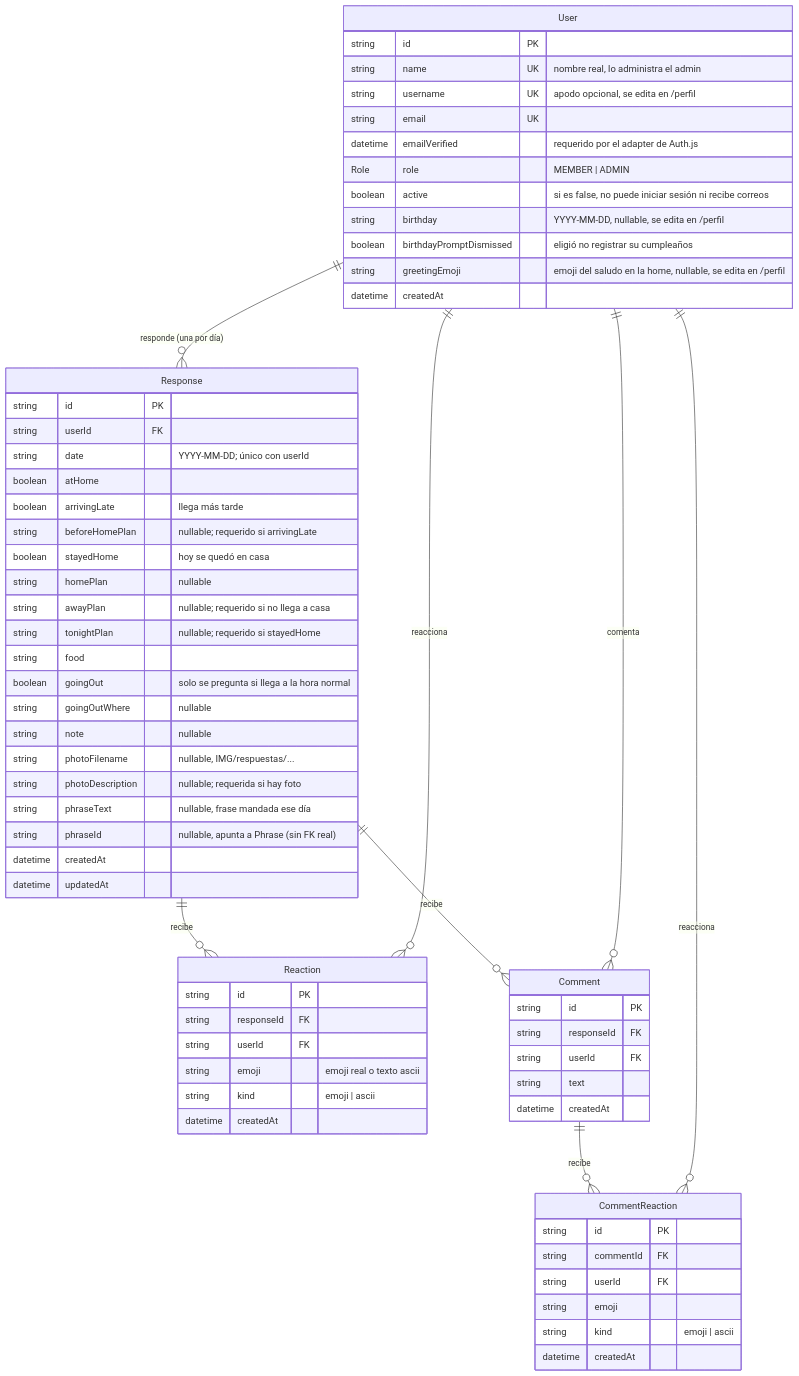
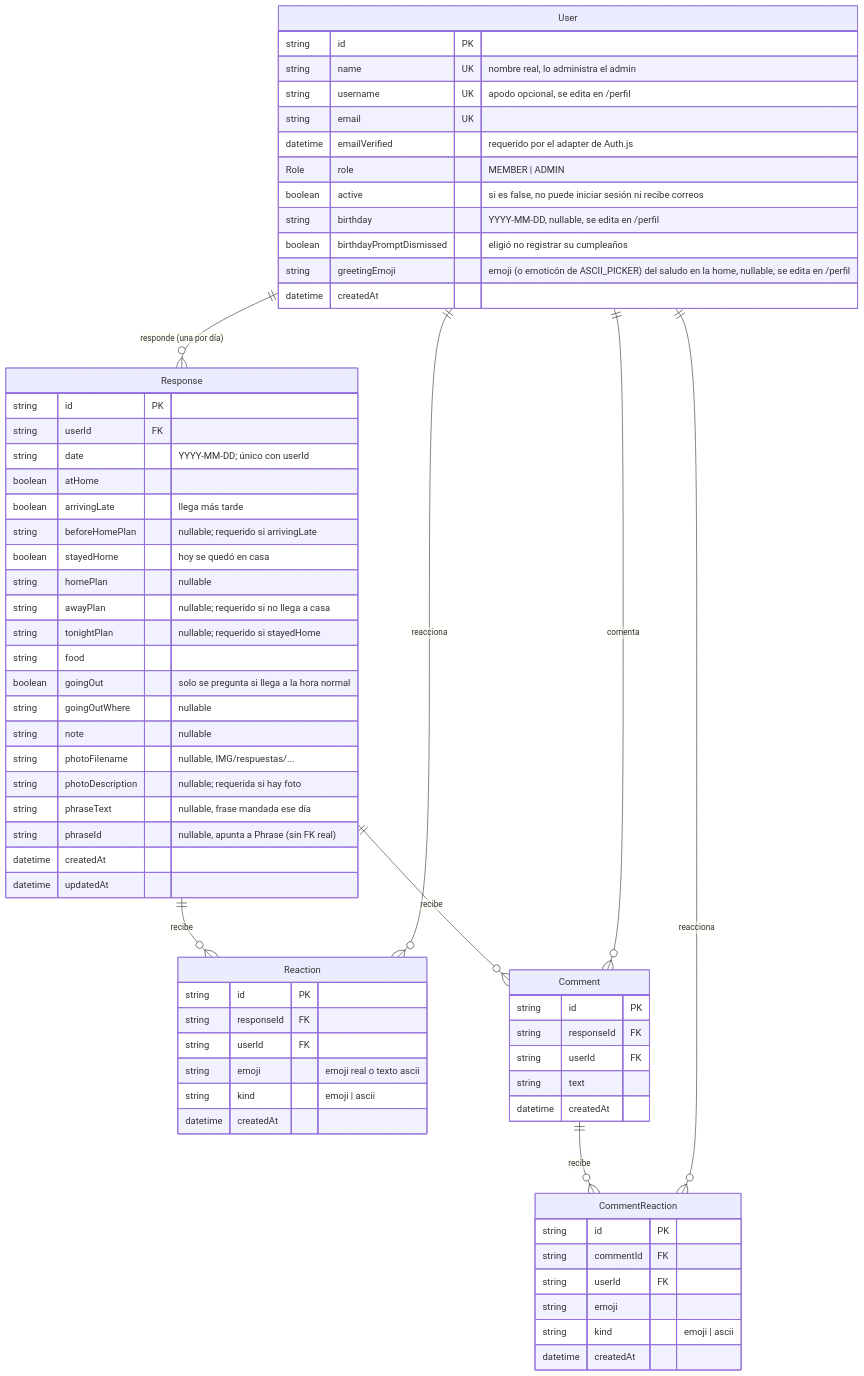
The first of 3 diagrams in docs/BASE-DE-DATOS.md (rominavc99/wygh-public), drawn with Mermaid before and after one commit. The commit also changed 8 other files, not shown here.

First line of the commit message:
Perfil con un solo botón de guardar y más opciones para el saludo (#3)

````diff
--- a/docs/BASE-DE-DATOS.md
+++ b/docs/BASE-DE-DATOS.md
@@ -19,73 +19,73 @@
 ```mermaid
 erDiagram
     User ||--o{ Response : "responde (una por día)"
     Response ||--o{ Reaction : "recibe"
     Response ||--o{ Comment : "recibe"
     Comment ||--o{ CommentReaction : "recibe"
     User ||--o{ Reaction : "reacciona"
     User ||--o{ Comment : "comenta"
     User ||--o{ CommentReaction : "reacciona"
 
     User {
         string id PK
         string name UK "nombre real, lo administra el admin"
         string username UK "apodo opcional, se edita en /perfil"
         string email UK
         datetime emailVerified "requerido por el adapter de Auth.js"
         Role role "MEMBER | ADMIN"
         boolean active "si es false, no puede iniciar sesión ni recibe correos"
         string birthday "YYYY-MM-DD, nullable, se edita en /perfil"
         boolean birthdayPromptDismissed "eligió no registrar su cumpleaños"
-        string greetingEmoji "emoji del saludo en la home, nullable, se edita en /perfil"
+        string greetingEmoji "emoji (o emoticón de ASCII_PICKER) del saludo en la home, nullable, se edita en /perfil"
         datetime createdAt
     }
 
     Response {
         string id PK
         string userId FK
         string date "YYYY-MM-DD; único con userId"
         boolean atHome
         boolean arrivingLate "llega más tarde"
         string beforeHomePlan "nullable; requerido si arrivingLate"
         boolean stayedHome "hoy se quedó en casa"
         string homePlan "nullable"
         string awayPlan "nullable; requerido si no llega a casa"
         string tonightPlan "nullable; requerido si stayedHome"
         string food
         boolean goingOut "solo se pregunta si llega a la hora normal"
         string goingOutWhere "nullable"
         string note "nullable"
         string photoFilename "nullable, IMG/respuestas/..."
         string photoDescription "nullable; requerida si hay foto"
         string phraseText "nullable, frase mandada ese día"
         string phraseId "nullable, apunta a Phrase (sin FK real)"
         datetime createdAt
         datetime updatedAt
     }
 
     Reaction {
         string id PK
         string responseId FK
         string userId FK
         string emoji "emoji real o texto ascii"
         string kind "emoji | ascii"
         datetime createdAt
     }
 
     Comment {
         string id PK
         string responseId FK
         string userId FK
         string text
         datetime createdAt
     }
 
     CommentReaction {
         string id PK
         string commentId FK
         string userId FK
         string emoji
         string kind "emoji | ascii"
         datetime createdAt
     }
 ```
````
